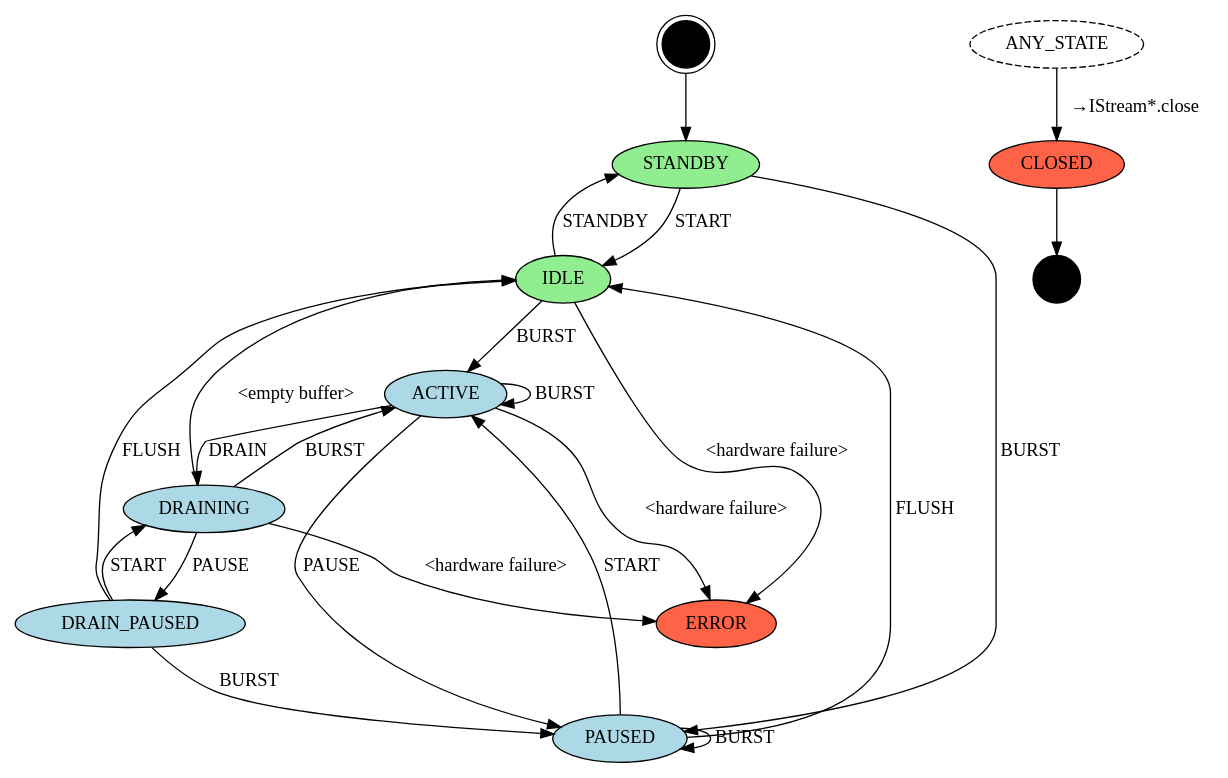
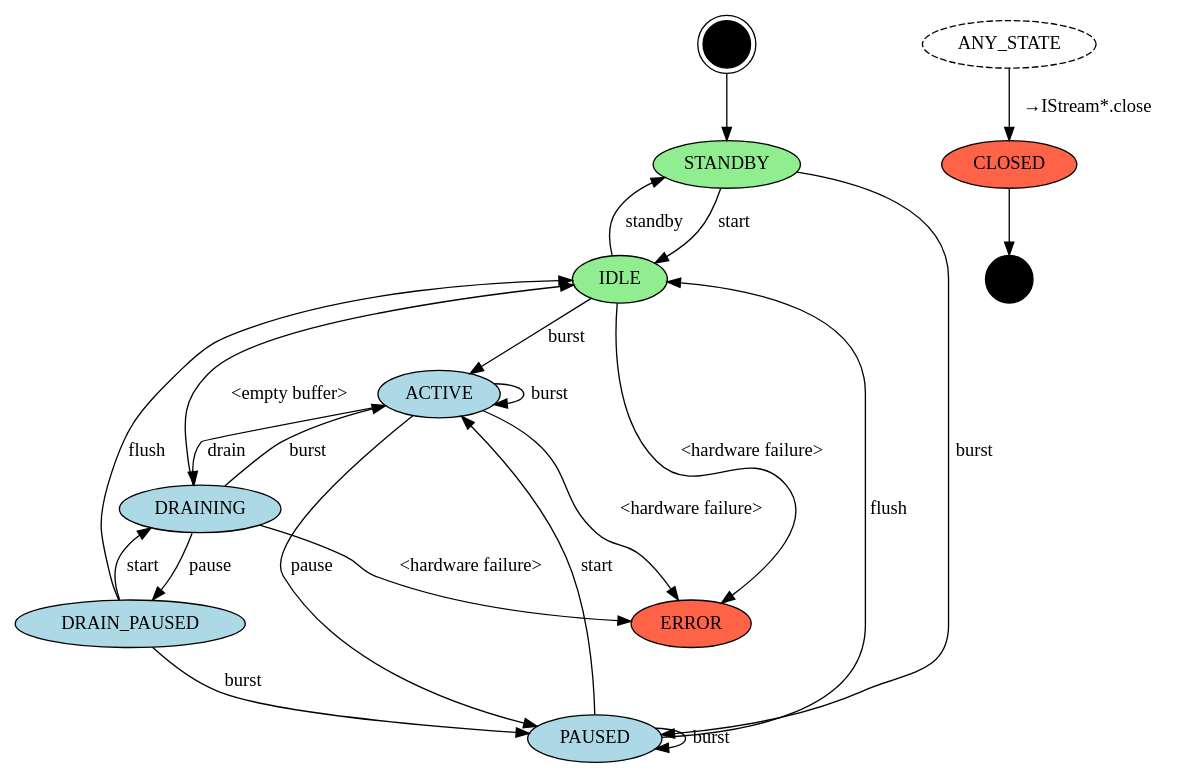
Before and after one commit to LineageOS/android_hardware_interfaces: the diagram in audio/aidl/android/hardware/audio/core/stream-out-sm.gv, drawn with Graphviz. The commit also changed 6 other files, not shown here.

```diff
--- a/audio/aidl/android/hardware/audio/core/stream-out-sm.gv
+++ b/audio/aidl/android/hardware/audio/core/stream-out-sm.gv
@@ -1,48 +1,48 @@
 // Copyright (C) 2022 The Android Open Source Project
 //
 // Licensed under the Apache License, Version 2.0 (the "License");
 // you may not use this file except in compliance with the License.
 // You may obtain a copy of the License at
 //
 //      http://www.apache.org/licenses/LICENSE-2.0
 //
 // Unless required by applicable law or agreed to in writing, software
 // distributed under the License is distributed on an "AS IS" BASIS,
 // WITHOUT WARRANTIES OR CONDITIONS OF ANY KIND, either express or implied.
 // See the License for the specific language governing permissions and
 // limitations under the License.
 
 // To render: dot -Tpng stream-out-sm.gv -o stream-out-sm.png
 digraph stream_out_state_machine {
     node [shape=doublecircle style=filled fillcolor=black width=0.5] I;
     node [shape=point width=0.5] F;
     node [shape=oval width=1];
     node [fillcolor=lightgreen] STANDBY;  // buffer is empty
     node [fillcolor=lightgreen] IDLE;     // buffer is empty
     node [fillcolor=tomato] CLOSED;
     node [fillcolor=tomato] ERROR;
     node [style=dashed] ANY_STATE;
     node [fillcolor=lightblue style=filled];
     I -> STANDBY;
-    STANDBY -> IDLE [label="START"];           // consumer -> active
-    STANDBY -> PAUSED [label="BURST"];         // producer -> active
-    IDLE -> STANDBY [label="STANDBY"];         // consumer -> passive
-    IDLE -> ACTIVE [label="BURST"];            // producer -> active
-    ACTIVE -> ACTIVE [label="BURST"];
-    ACTIVE -> PAUSED [label="PAUSE"];          // consumer -> passive (not consuming)
-    ACTIVE -> DRAINING [label="DRAIN"];        // producer -> passive
-    PAUSED -> PAUSED [label="BURST"];
-    PAUSED -> ACTIVE [label="START"];          // consumer -> active
-    PAUSED -> IDLE [label="FLUSH"];            // producer -> passive, buffer is cleared
+    STANDBY -> IDLE [label="start"];           // consumer -> active
+    STANDBY -> PAUSED [label="burst"];         // producer -> active
+    IDLE -> STANDBY [label="standby"];         // consumer -> passive
+    IDLE -> ACTIVE [label="burst"];            // producer -> active
+    ACTIVE -> ACTIVE [label="burst"];
+    ACTIVE -> PAUSED [label="pause"];          // consumer -> passive (not consuming)
+    ACTIVE -> DRAINING [label="drain"];        // producer -> passive
+    PAUSED -> PAUSED [label="burst"];
+    PAUSED -> ACTIVE [label="start"];          // consumer -> active
+    PAUSED -> IDLE [label="flush"];            // producer -> passive, buffer is cleared
     DRAINING -> IDLE [label="<empty buffer>"];
-    DRAINING -> ACTIVE [label="BURST"];        // producer -> active
-    DRAINING -> DRAIN_PAUSED [label="PAUSE"];  // consumer -> passive (not consuming)
-    DRAIN_PAUSED -> DRAINING [label="START"];  // consumer -> active
-    DRAIN_PAUSED -> PAUSED [label="BURST"];    // producer -> active
-    DRAIN_PAUSED -> IDLE [label="FLUSH"];      // buffer is cleared
+    DRAINING -> ACTIVE [label="burst"];        // producer -> active
+    DRAINING -> DRAIN_PAUSED [label="pause"];  // consumer -> passive (not consuming)
+    DRAIN_PAUSED -> DRAINING [label="start"];  // consumer -> active
+    DRAIN_PAUSED -> PAUSED [label="burst"];    // producer -> active
+    DRAIN_PAUSED -> IDLE [label="flush"];      // buffer is cleared
     IDLE -> ERROR [label="<hardware failure>"];
     ACTIVE -> ERROR [label="<hardware failure>"];
     DRAINING -> ERROR [label="<hardware failure>"];
     ANY_STATE -> CLOSED [label="→IStream*.close"];
     CLOSED -> F;
 }
```
